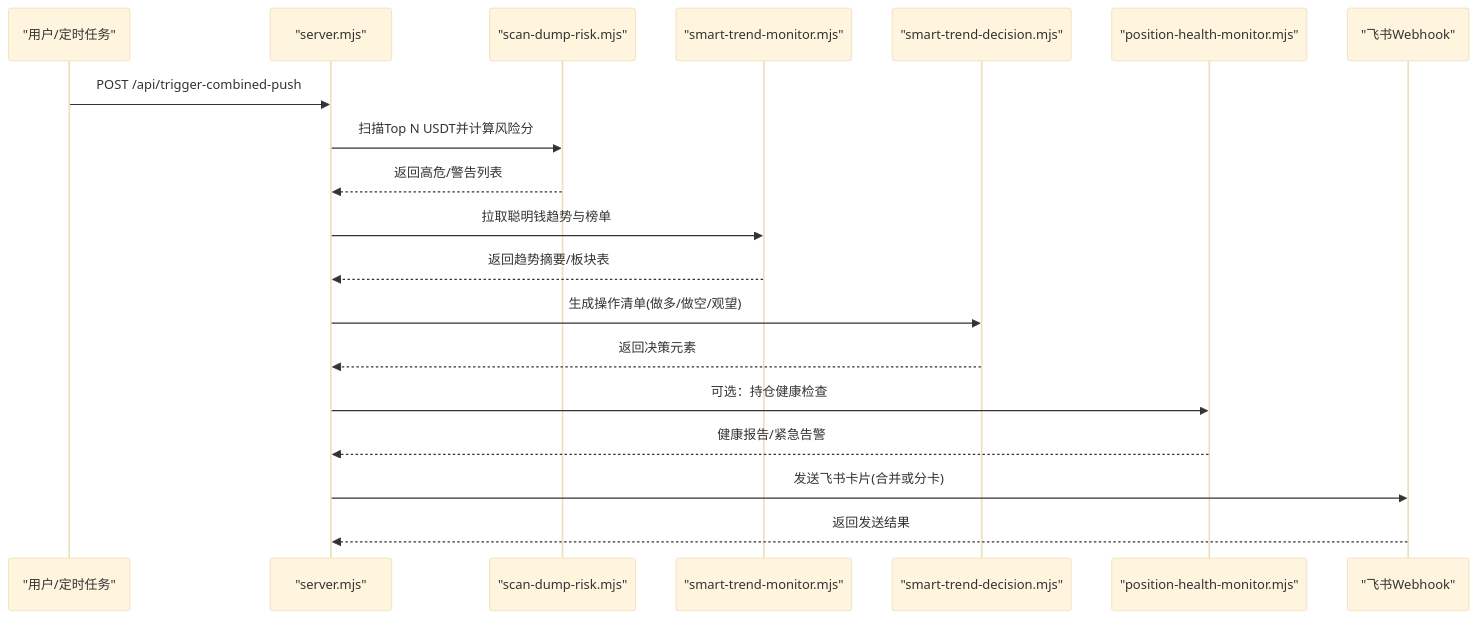
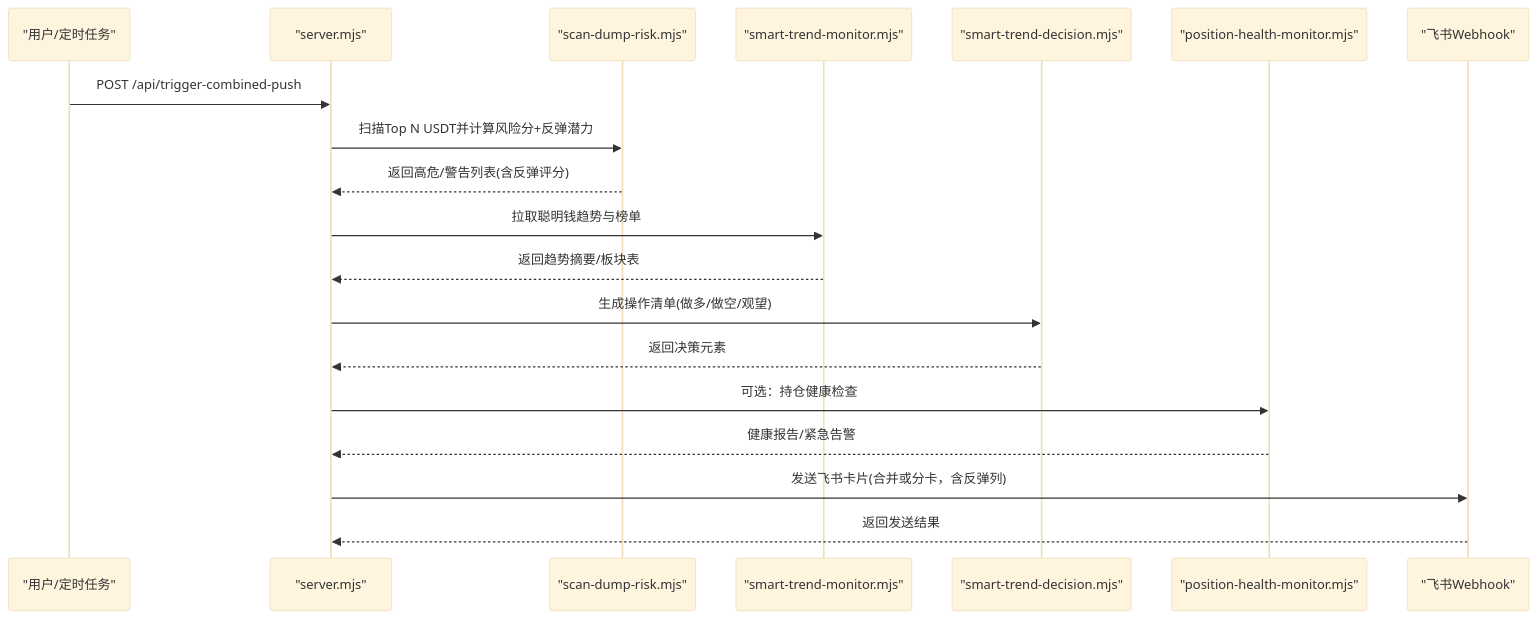
Before and after one commit to kekexilinan/BinaceSmart: the second of 9 diagrams in .qoder/repowiki/zh/content/核心功能模块/暴跌风险预警.md, drawn with Mermaid (base theme). The commit also changed other lines of this file and 59 other files, not shown here.

````diff
--- a/.qoder/repowiki/zh/content/核心功能模块/暴跌风险预警.md
+++ b/.qoder/repowiki/zh/content/核心功能模块/暴跌风险预警.md
@@ -117,21 +137,21 @@
 ```mermaid
 sequenceDiagram
 participant U as "用户/定时任务"
 participant API as "server.mjs"
 participant DR as "scan-dump-risk.mjs"
 participant ST as "smart-trend-monitor.mjs"
 participant DEC as "smart-trend-decision.mjs"
 participant PHM as "position-health-monitor.mjs"
 participant FEI as "飞书Webhook"
 U->>API : POST /api/trigger-combined-push
-API->>DR : 扫描Top N USDT并计算风险分
-DR-->>API : 返回高危/警告列表
+API->>DR : 扫描Top N USDT并计算风险分+反弹潜力
+DR-->>API : 返回高危/警告列表(含反弹评分)
 API->>ST : 拉取聪明钱趋势与榜单
 ST-->>API : 返回趋势摘要/板块表
 API->>DEC : 生成操作清单(做多/做空/观望)
 DEC-->>API : 返回决策元素
 API->>PHM : 可选：持仓健康检查
 PHM-->>API : 健康报告/紧急告警
-API->>FEI : 发送飞书卡片(合并或分卡)
+API->>FEI : 发送飞书卡片(合并或分卡，含反弹列)
 FEI-->>API : 返回发送结果
 ```
````
